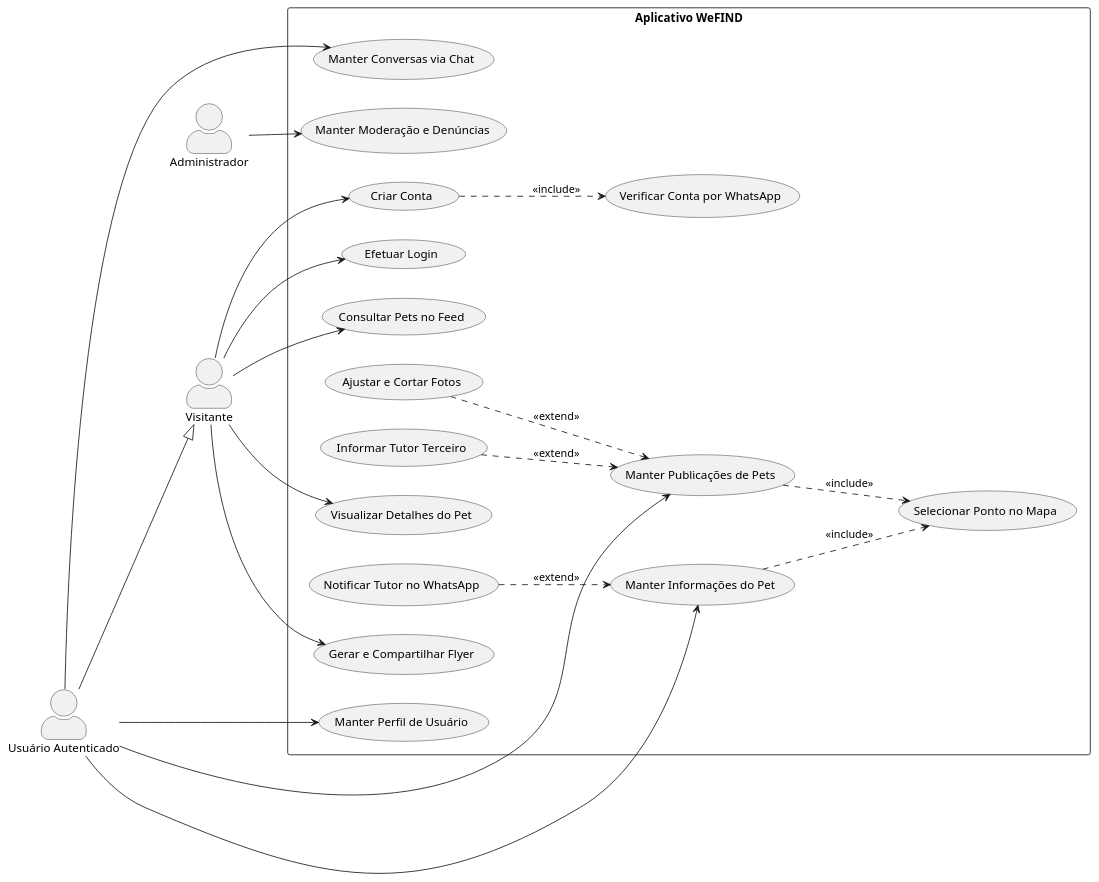
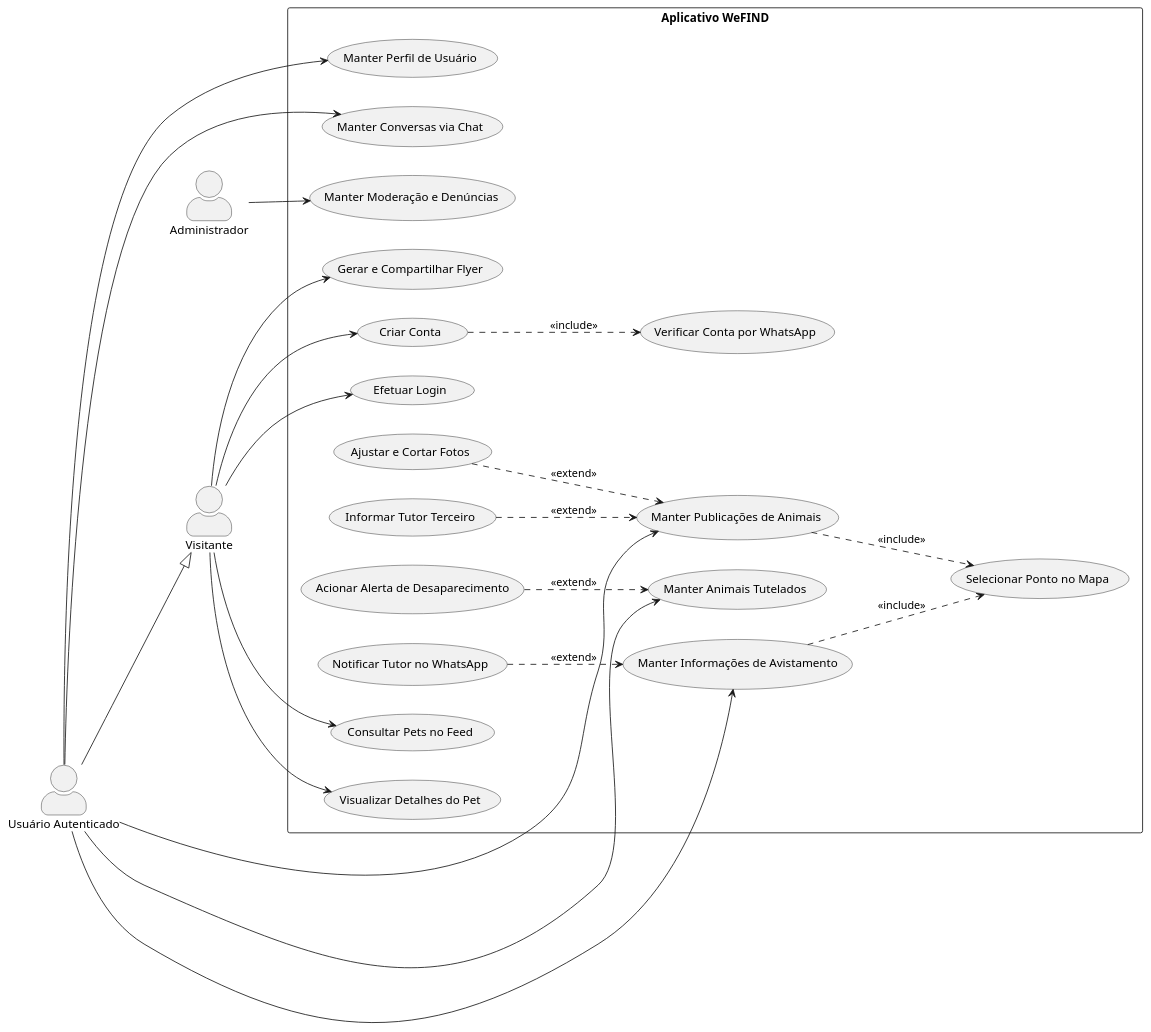
The second of 2 diagrams in docs/DIAGRAMA_CASOS_DE_USO.md (LuisHenriqueTSI/tcc_recover_aplicativo), drawn with PlantUML before and after one commit. The commit also changed other lines of this file and 18 other files, not shown here.

First line of the commit message:
refactor(tcc): harmonizar termos para 'Animais Tutelados' e 'Alerta de Desaparecimento'

````diff
--- a/docs/DIAGRAMA_CASOS_DE_USO.md
+++ b/docs/DIAGRAMA_CASOS_DE_USO.md
@@ -148,52 +182,56 @@
 ```plantuml
 @startuml
 left to right direction
 skinparam packageStyle rectangle
 skinparam actorStyle awesome
 
 actor "Visitante" as Visitor
 actor "Usuário Autenticado" as User
 actor "Administrador" as Admin
 
 User --|> Visitor
 
 rectangle "Aplicativo WeFIND" {
   usecase "Criar Conta" as UC1
   usecase "Verificar Conta por WhatsApp" as UC2
   usecase "Efetuar Login" as UC3
   usecase "Manter Perfil de Usuário" as UC4
   usecase "Consultar Pets no Feed" as UC5
   usecase "Visualizar Detalhes do Pet" as UC6
-  usecase "Manter Publicações de Pets" as UC7
-  usecase "Ajustar e Cortar Fotos" as UC8
-  usecase "Informar Tutor Terceiro" as UC9
-  usecase "Gerar e Compartilhar Flyer" as UC10
-  usecase "Manter Informações do Pet" as UC12
-  usecase "Selecionar Ponto no Mapa" as UC13
+  usecase "Gerar e Compartilhar Flyer" as UC7
+  usecase "Manter Publicações de Animais" as UC8
+  usecase "Ajustar e Cortar Fotos" as UC9
+  usecase "Informar Tutor Terceiro" as UC10
+  usecase "Manter Animais Tutelados" as UC11
+  usecase "Acionar Alerta de Desaparecimento" as UC11a
+  usecase "Selecionar Ponto no Mapa" as UC12
+  usecase "Manter Informações de Avistamento" as UC13
   usecase "Notificar Tutor no WhatsApp" as UC14
   usecase "Manter Conversas via Chat" as UC15
   usecase "Manter Moderação e Denúncias" as UC16
 }
 
 Visitor --> UC1
 Visitor --> UC3
 Visitor --> UC5
 Visitor --> UC6
-Visitor --> UC10
+Visitor --> UC7
 
-User --> UC7
-User --> UC12
+User --> UC4
+User --> UC8
+User --> UC11
+User --> UC13
 User --> UC15
-User --> UC4
 
 Admin --> UC16
 
 UC1 ..> UC2 : <<include>>
-UC7 ..> UC13 : <<include>>
-UC12 ..> UC13 : <<include>>
+UC8 ..> UC12 : <<include>>
+UC13 ..> UC12 : <<include>>
 
-UC8 ..> UC7 : <<extend>>
-UC9 ..> UC7 : <<extend>>
-UC14 ..> UC12 : <<extend>>
+UC9 ..> UC8 : <<extend>>
+UC10 ..> UC8 : <<extend>>
+UC11a ..> UC11 : <<extend>>
+UC14 ..> UC13 : <<extend>>
 @enduml
 ```
````
